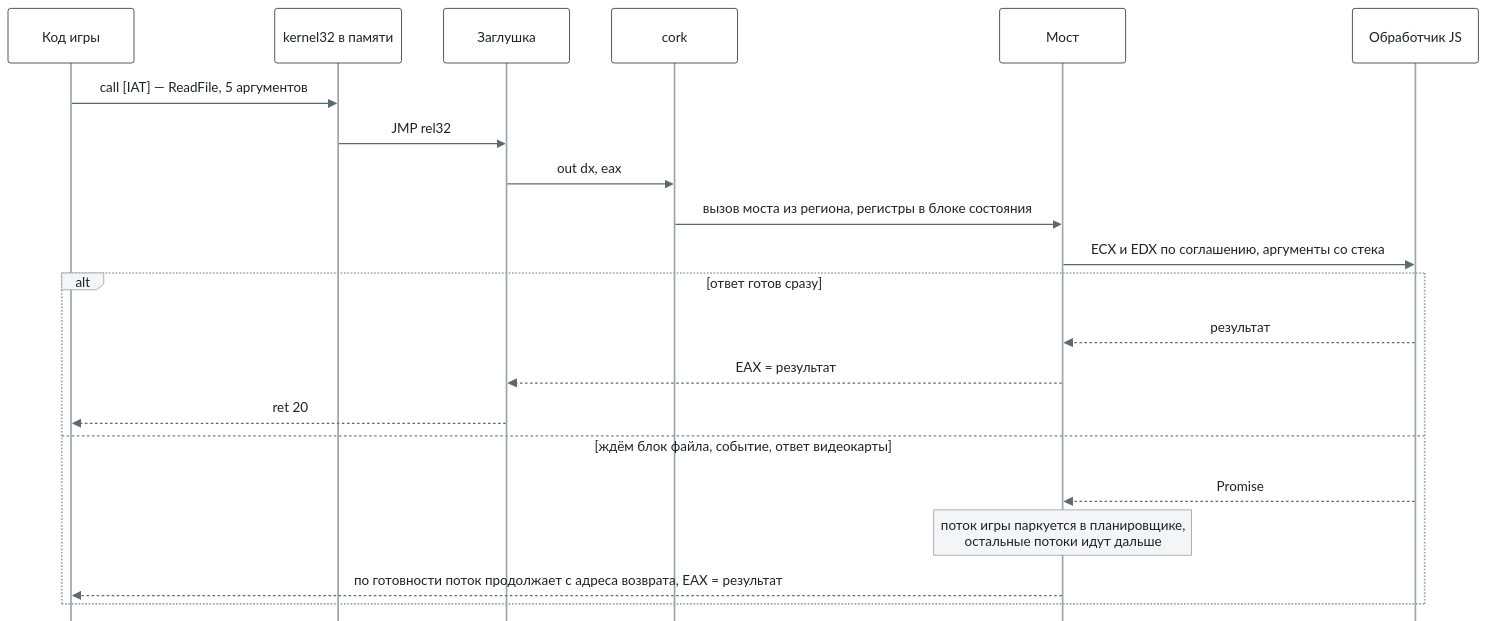
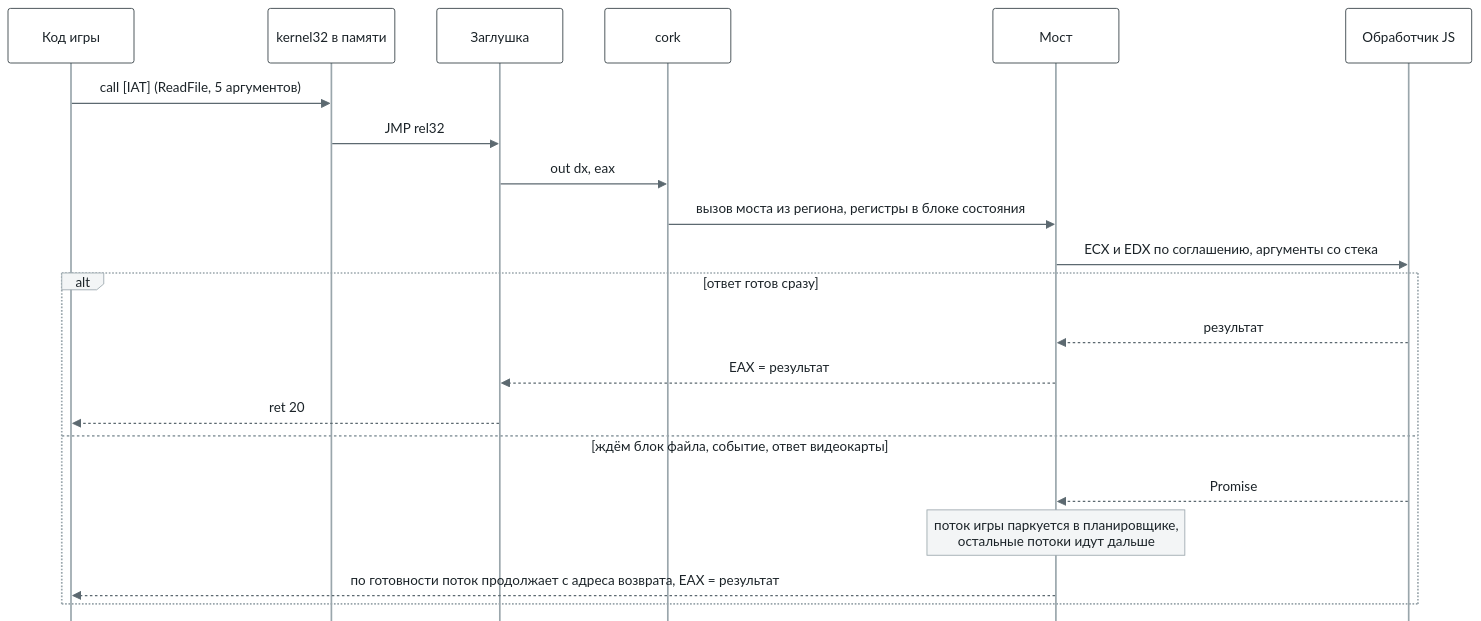
The fifth of 10 diagrams in docs/architecture.ru.md (bottlify/bottlify), drawn with Mermaid before and after one commit. The commit also changed other lines of this file and 8 other files, not shown here.

First line of the commit message:
docs: the architecture and the roadmap without dashes, the Russian text written as Russian rather than translated

````diff
--- a/docs/architecture.ru.md
+++ b/docs/architecture.ru.md
@@ -566,24 +569,24 @@
 ```mermaid
 %%{init: {"theme": "base", "sequence": {"mirrorActors": false, "messageMargin": 24, "noteMargin": 8}, "themeVariables": {"fontFamily": "Inter, Segoe UI, Helvetica, Arial, sans-serif", "fontSize": "13px", "actorBkg": "#FFFFFF", "actorBorder": "#2F3A40", "actorTextColor": "#1B2328", "actorLineColor": "#9AA6AC", "signalColor": "#5C6970", "signalTextColor": "#1B2328", "noteBkgColor": "#F3F5F6", "noteBorderColor": "#9AA6AC", "noteTextColor": "#1B2328", "labelBoxBkgColor": "#F3F5F6", "labelBoxBorderColor": "#9AA6AC", "labelTextColor": "#1B2328", "loopTextColor": "#1B2328"}}}%%
 sequenceDiagram
   participant X as Код игры
   participant K as kernel32 в памяти
   participant Z as Заглушка
   participant C as cork
   participant B as Мост
   participant H as Обработчик JS
-  X->>K: call [IAT] — ReadFile, 5 аргументов
+  X->>K: call [IAT] (ReadFile, 5 аргументов)
   K->>Z: JMP rel32
   Z->>C: out dx, eax
   C->>B: вызов моста из региона, регистры в блоке состояния
   B->>H: ECX и EDX по соглашению, аргументы со стека
   alt ответ готов сразу
     H-->>B: результат
     B-->>Z: EAX = результат
     Z-->>X: ret 20
   else ждём блок файла, событие, ответ видеокарты
     H-->>B: Promise
     Note over B: поток игры паркуется в планировщике,<br/>остальные потоки идут дальше
     B-->>X: по готовности поток продолжает с адреса возврата, EAX = результат
   end
 ```
````
